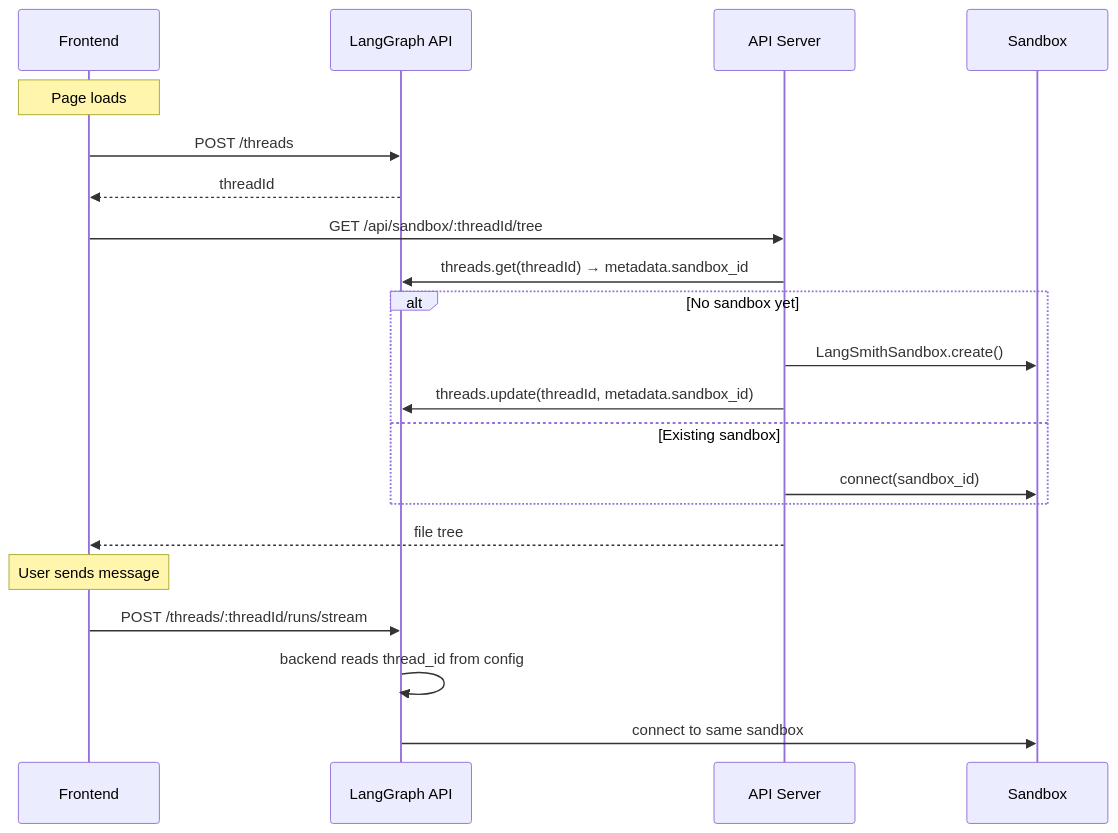
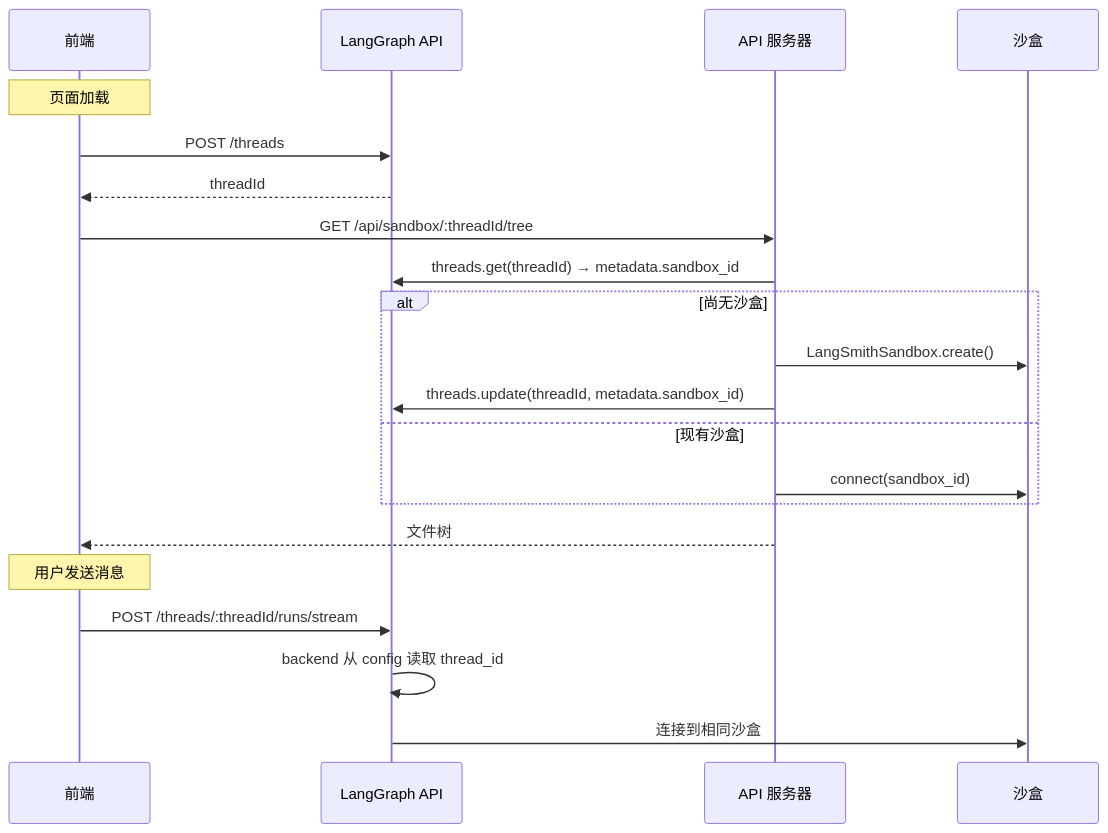
The second of 2 diagrams in oss/python/deepagents/frontend/sandbox.mdx (kunfan96/cndocs-langchain), drawn with Mermaid before and after one commit. The commit also changed other lines of this file and 51 other files, not shown here.

````diff
--- a/oss/python/deepagents/frontend/sandbox.mdx
+++ b/oss/python/deepagents/frontend/sandbox.mdx
@@ -81,26 +76,26 @@
 ```mermaid
 sequenceDiagram
-    participant FE as Frontend
+    participant FE as 前端
     participant LG as LangGraph API
-    participant HTTP as API Server
-    participant SB as Sandbox
+    participant HTTP as API 服务器
+    participant SB as 沙盒
 
-    Note over FE: Page loads
+    Note over FE: 页面加载
     FE->>LG: POST /threads
     LG-->>FE: threadId
 
     FE->>HTTP: GET /api/sandbox/:threadId/tree
     HTTP->>LG: threads.get(threadId) → metadata.sandbox_id
-    alt No sandbox yet
+    alt 尚无沙盒
         HTTP->>SB: LangSmithSandbox.create()
         HTTP->>LG: threads.update(threadId, metadata.sandbox_id)
-    else Existing sandbox
+    else 现有沙盒
         HTTP->>SB: connect(sandbox_id)
     end
-    HTTP-->>FE: file tree
+    HTTP-->>FE: 文件树
 
-    Note over FE: User sends message
+    Note over FE: 用户发送消息
     FE->>LG: POST /threads/:threadId/runs/stream
-    LG->>LG: backend reads thread_id from config
-    LG->>SB: connect to same sandbox
+    LG->>LG: backend 从 config 读取 thread_id
+    LG->>SB: 连接到相同沙盒
 ```
````
